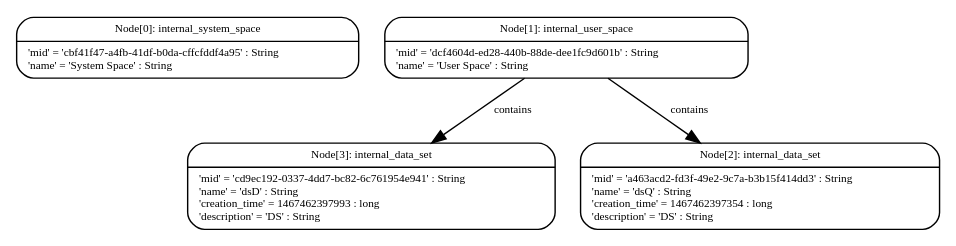
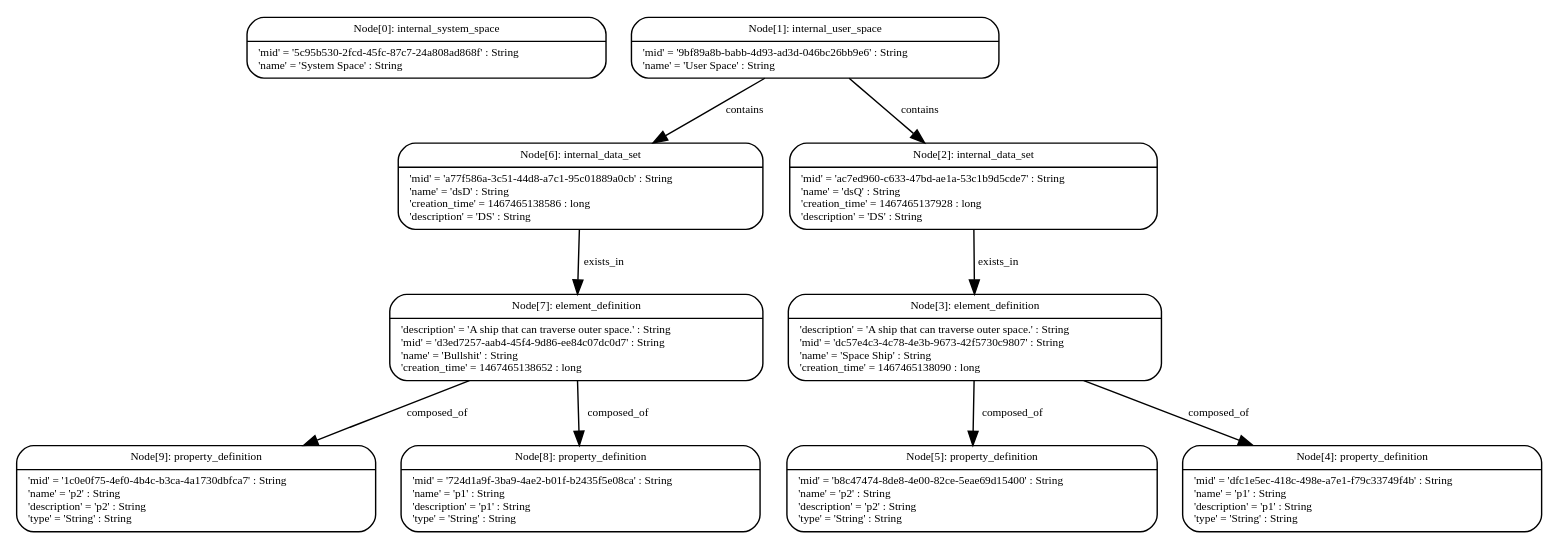
Before and after one commit to sholloway/graph-engine: the diagram in viz/temp.dot, drawn with Graphviz. The commit also changed 2 other files, not shown here.

Commit message:
Repaired WebServerUserSpaceSpec tests.

```diff
--- a/viz/temp.dot
+++ b/viz/temp.dot
@@ -1,29 +1,65 @@
 digraph Neo {
   node [
     fontsize = "8"
     shape = "Mrecord"
     fontname = "Bitstream Vera Sans"
   ]
   edge [
     fontname = "Bitstream Vera Sans"
     fontsize = "8"
   ]
   N0 [
-    label = "{Node\[0\]: internal_system_space|'mid' = 'cbf41f47-a4fb-41df-b0da-cffcfddf4a95' : String\l'name' = 'System Space' : String\l}"
+    label = "{Node\[0\]: internal_system_space|'mid' = '5c95b530-2fcd-45fc-87c7-24a808ad868f' : String\l'name' = 'System Space' : String\l}"
   ]
   N1 [
-    label = "{Node\[1\]: internal_user_space|'mid' = 'dcf4604d-ed28-440b-88de-dee1fc9d601b' : String\l'name' = 'User Space' : String\l}"
+    label = "{Node\[1\]: internal_user_space|'mid' = '9bf89a8b-babb-4d93-ad3d-046bc26bb9e6' : String\l'name' = 'User Space' : String\l}"
   ]
-  N1 -> N3 [
+  N1 -> N6 [
     label = "contains\n"
   ]
   N1 -> N2 [
     label = "contains\n"
   ]
   N2 [
-    label = "{Node\[2\]: internal_data_set|'mid' = 'a463acd2-fd3f-49e2-9c7a-b3b15f414dd3' : String\l'name' = 'dsQ' : String\l'creation_time' = 1467462397354 : long\l'description' = 'DS' : String\l}"
+    label = "{Node\[2\]: internal_data_set|'mid' = 'ac7ed960-c633-47bd-ae1a-53c1b9d5cde7' : String\l'name' = 'dsQ' : String\l'creation_time' = 1467465137928 : long\l'description' = 'DS' : String\l}"
+  ]
+  N2 -> N3 [
+    label = "exists_in\n"
   ]
   N3 [
-    label = "{Node\[3\]: internal_data_set|'mid' = 'cd9ec192-0337-4dd7-bc82-6c761954e941' : String\l'name' = 'dsD' : String\l'creation_time' = 1467462397993 : long\l'description' = 'DS' : String\l}"
+    label = "{Node\[3\]: element_definition|'description' = 'A ship that can traverse outer space.' : String\l'mid' = 'dc57e4c3-4c78-4e3b-9673-42f5730c9807' : String\l'name' = 'Space Ship' : String\l'creation_time' = 1467465138090 : long\l}"
+  ]
+  N3 -> N5 [
+    label = "composed_of\n"
+  ]
+  N3 -> N4 [
+    label = "composed_of\n"
+  ]
+  N4 [
+    label = "{Node\[4\]: property_definition|'mid' = 'dfc1e5ec-418c-498e-a7e1-f79c33749f4b' : String\l'name' = 'p1' : String\l'description' = 'p1' : String\l'type' = 'String' : String\l}"
+  ]
+  N5 [
+    label = "{Node\[5\]: property_definition|'mid' = 'b8c47474-8de8-4e00-82ce-5eae69d15400' : String\l'name' = 'p2' : String\l'description' = 'p2' : String\l'type' = 'String' : String\l}"
+  ]
+  N6 [
+    label = "{Node\[6\]: internal_data_set|'mid' = 'a77f586a-3c51-44d8-a7c1-95c01889a0cb' : String\l'name' = 'dsD' : String\l'creation_time' = 1467465138586 : long\l'description' = 'DS' : String\l}"
+  ]
+  N6 -> N7 [
+    label = "exists_in\n"
+  ]
+  N7 [
+    label = "{Node\[7\]: element_definition|'description' = 'A ship that can traverse outer space.' : String\l'mid' = 'd3ed7257-aab4-45f4-9d86-ee84c07dc0d7' : String\l'name' = 'Bullshit' : String\l'creation_time' = 1467465138652 : long\l}"
+  ]
+  N7 -> N9 [
+    label = "composed_of\n"
+  ]
+  N7 -> N8 [
+    label = "composed_of\n"
+  ]
+  N8 [
+    label = "{Node\[8\]: property_definition|'mid' = '724d1a9f-3ba9-4ae2-b01f-b2435f5e08ca' : String\l'name' = 'p1' : String\l'description' = 'p1' : String\l'type' = 'String' : String\l}"
+  ]
+  N9 [
+    label = "{Node\[9\]: property_definition|'mid' = '1c0e0f75-4ef0-4b4c-b3ca-4a1730dbfca7' : String\l'name' = 'p2' : String\l'description' = 'p2' : String\l'type' = 'String' : String\l}"
   ]
 }
```
